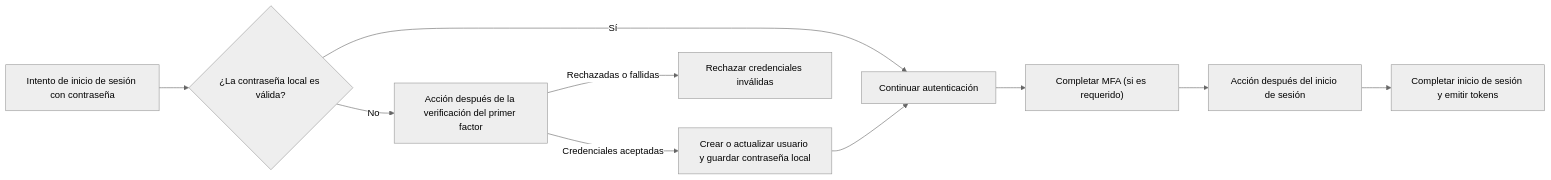
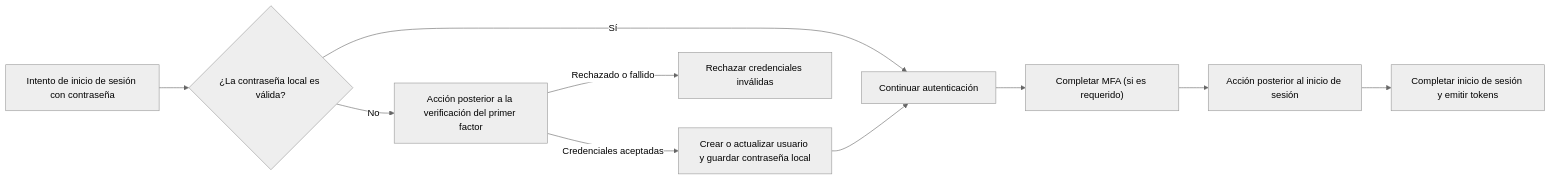
One commit to logto-io/docs changed the diagram in i18n/es/docusaurus-plugin-content-docs/current/developers/actions/README.mdx. Above: the diagram before and after it, drawn with Mermaid (neutral theme). The commit also changed other lines of this file and 26 other files, not shown here.

````diff
--- a/i18n/es/docusaurus-plugin-content-docs/current/developers/actions/README.mdx
+++ b/i18n/es/docusaurus-plugin-content-docs/current/developers/actions/README.mdx
@@ -29,12 +29,12 @@
 ```mermaid
 flowchart LR
   A["Intento de inicio de sesión con contraseña"] --> B{"¿La contraseña local es válida?"}
   B -->|"Sí"| E["Continuar autenticación"]
-  B -->|"No"| C["Acción después de la verificación del primer factor"]
+  B -->|"No"| C["Acción posterior a la verificación del primer factor"]
   C -->|"Credenciales aceptadas"| D["Crear o actualizar usuario y guardar contraseña local"]
-  C -->|"Rechazadas o fallidas"| X["Rechazar credenciales inválidas"]
+  C -->|"Rechazado o fallido"| X["Rechazar credenciales inválidas"]
   D --> E
   E --> F["Completar MFA (si es requerido)"]
-  F --> G["Acción después del inicio de sesión"]
+  F --> G["Acción posterior al inicio de sesión"]
   G --> H["Completar inicio de sesión y emitir tokens"]
 ```
````
